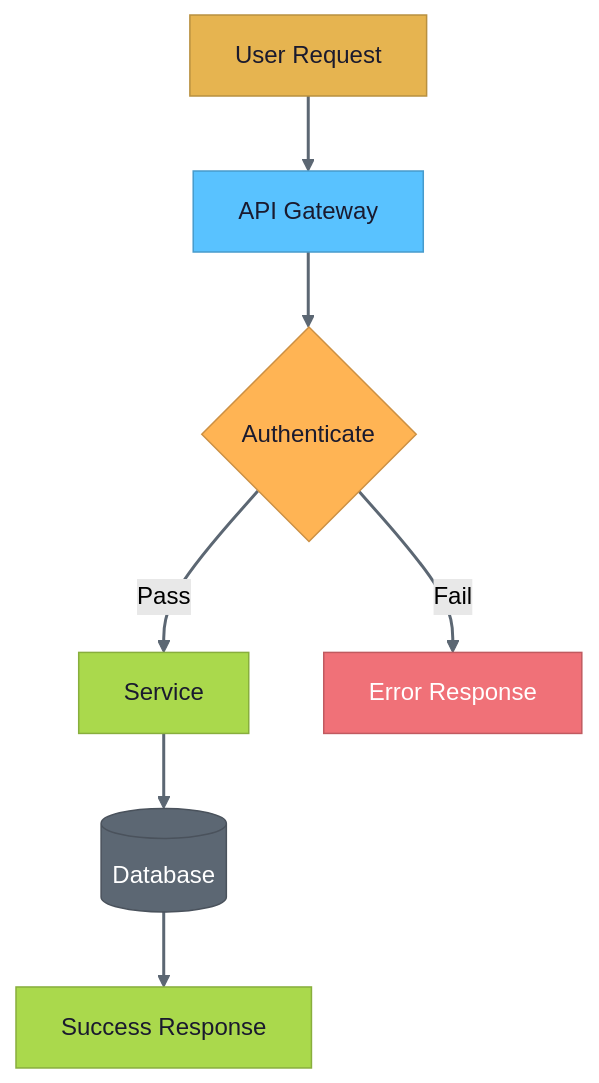
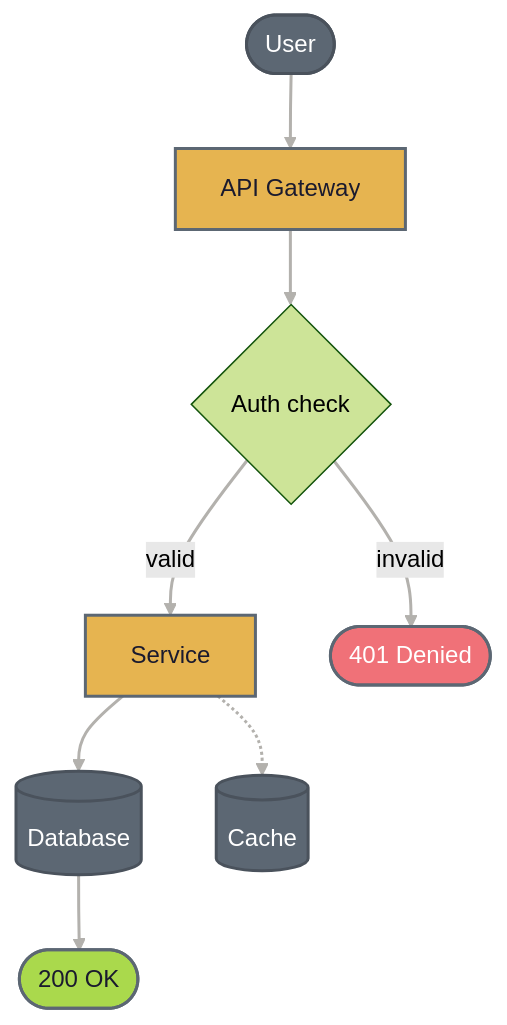
Before and after one commit to mdsakalu/agent-plugins: the eighth of 24 diagrams in creating-mermaid-diagrams/skills/creating-mermaid-diagrams/references/themes.md, drawn with Mermaid (forest theme). The commit also changed other lines of this file and 4 other files, not shown here.

First line of the commit message:
refactor(creating-mermaid-diagrams): design-driven styling overhaul

````diff
--- a/creating-mermaid-diagrams/skills/creating-mermaid-diagrams/references/themes.md
+++ b/creating-mermaid-diagrams/skills/creating-mermaid-diagrams/references/themes.md
@@ -324,26 +361,18 @@
 ```mermaid
 flowchart TD
-    user["User Request"] --> api["API Gateway"]
-    api --> auth{"Authenticate"}
-    auth -->|Pass| service["Service"]
-    auth -->|Fail| error["Error Response"]
-    service --> db[("Database")]
-    db --> response["Success Response"]
+    user(["User"]) ==> api["API Gateway"] ==> auth{"Auth check"}
+    auth == valid ==> svc["Service"] ==> db[("Database")] ==> res(["200 OK"])
+    auth -- invalid --> err(["401 Denied"])
+    svc -.-> cache[("Cache")]
 
-    classDef primary fill:#E6B450,stroke:#b89040,color:#1a1a2e
-    classDef secondary fill:#5C6773,stroke:#4a525c,color:#ffffff
-    classDef success fill:#AAD94C,stroke:#88ae3d,color:#1a1a2e
-    classDef warning fill:#FFB454,stroke:#cc9043,color:#1a1a2e
-    classDef danger fill:#F07178,stroke:#c05a60,color:#ffffff
-    classDef info fill:#59C2FF,stroke:#479bcc,color:#1a1a2e
+    classDef primary fill:#E6B450,stroke:#5C6773,stroke-width:2px,color:#1a1a2e
+    classDef muted fill:#5C6773,stroke:#4a525c,stroke-width:2px,color:#ffffff
+    classDef success fill:#AAD94C,stroke:#5C6773,stroke-width:2px,color:#1a1a2e
+    classDef danger fill:#F07178,stroke:#5C6773,stroke-width:2px,color:#ffffff
+    linkStyle default stroke:#B3B1AD,stroke-width:2px
 
-    linkStyle default stroke:#5C6773,stroke-width:2px
-
-    class user primary
-    class api info
-    class auth warning
-    class service success
-    class error danger
-    class db secondary
-    class response success
+    class api,svc primary
+    class user,db,cache muted
+    class res success
+    class err danger
 ```
````
